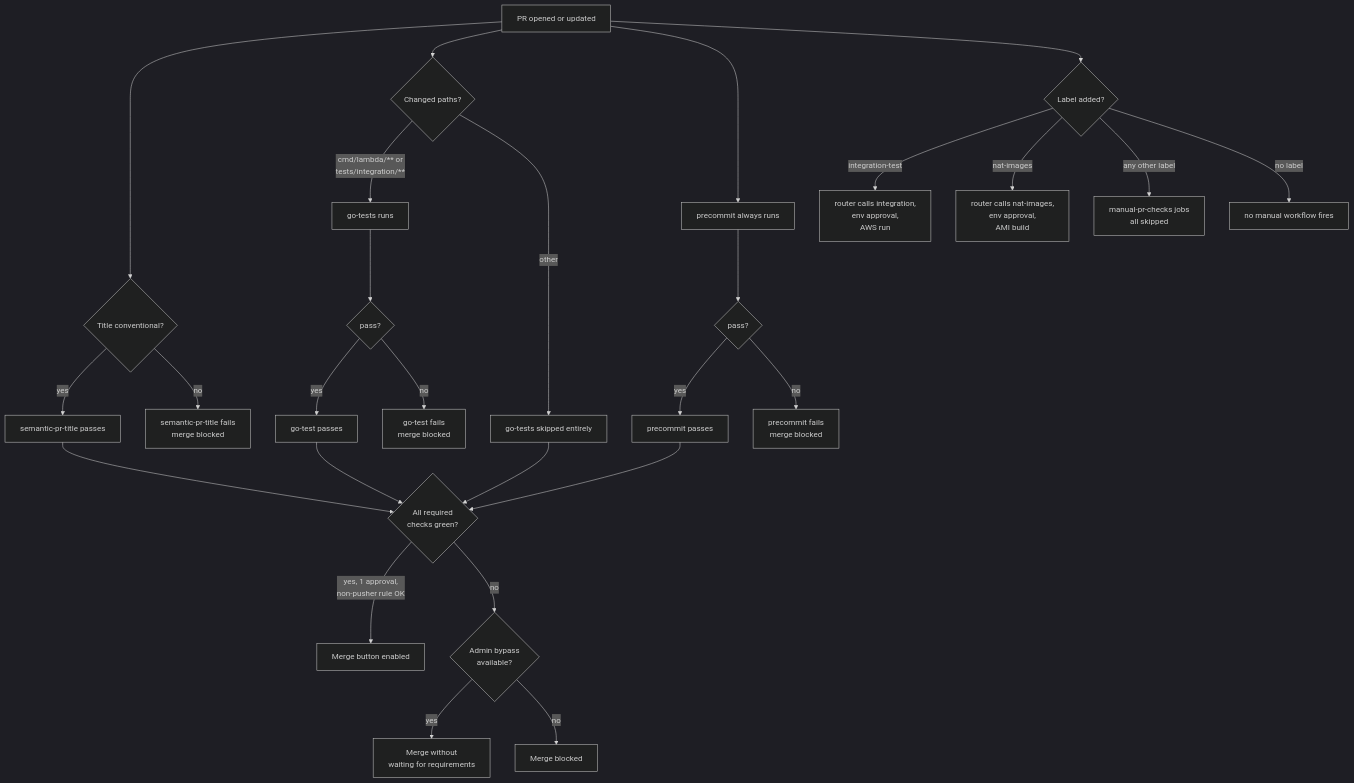
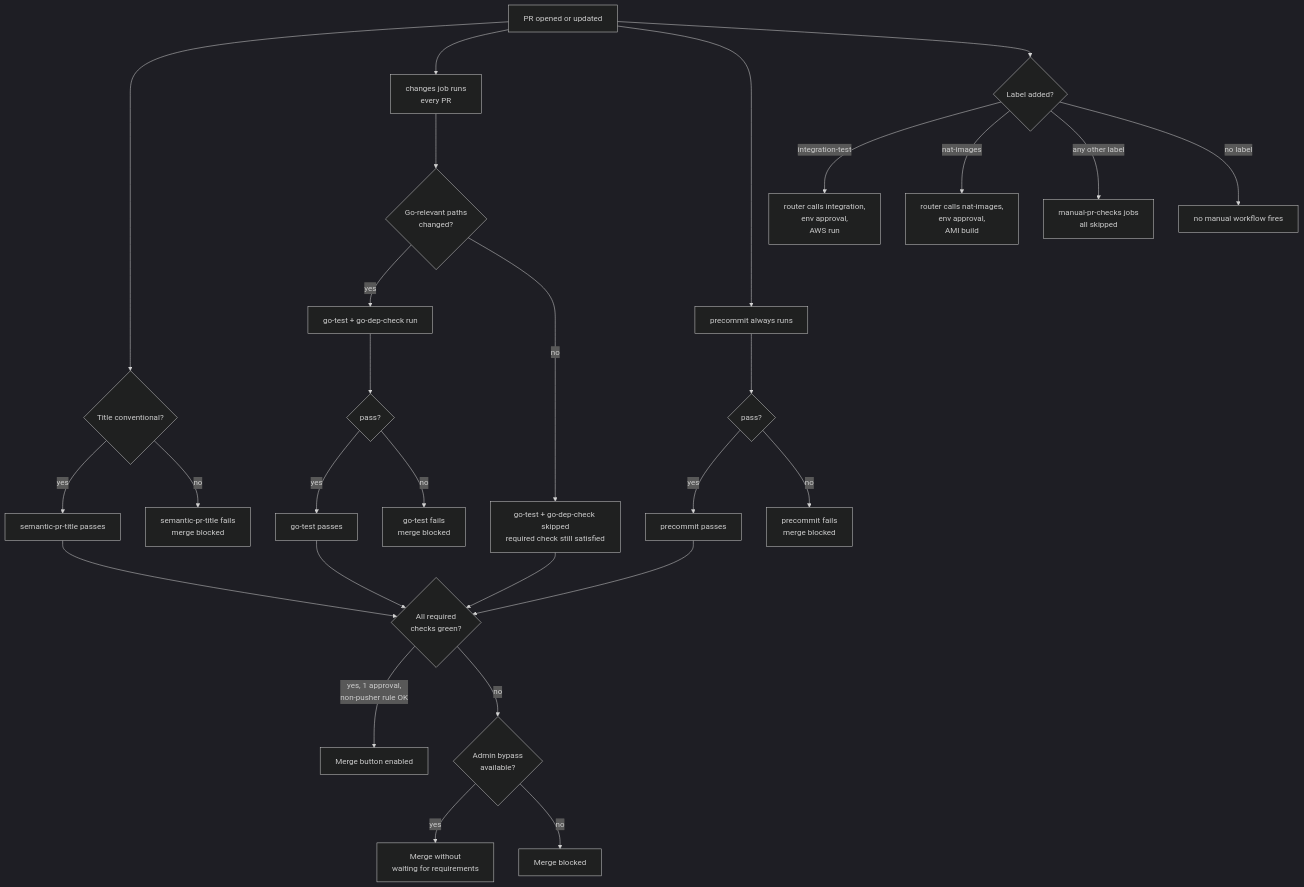
Before and after one commit to MachineDotDev/nat-zero: the seventh of 12 diagrams in docs/workflows.md, drawn with Mermaid (dark theme). The commit also changed other lines of this file, not shown here.

First line of the commit message:
docs: reflect go-tests gating-job redesign

````diff
--- a/docs/workflows.md
+++ b/docs/workflows.md
@@ -223,33 +223,34 @@
 ```mermaid
 flowchart TD
     PR[PR opened or updated] --> T{Title conventional?}
     T -->|yes| SPT_OK[semantic-pr-title passes]
     T -->|no| SPT_FAIL[semantic-pr-title fails<br/>merge blocked]
 
-    PR --> PATH{Changed paths?}
-    PATH -->|cmd/lambda/** or<br/>tests/integration/**| GOT[go-tests runs]
-    PATH -->|other| GOT_SKIP[go-tests skipped entirely]
+    PR --> CHG[changes job runs<br/>every PR]
+    CHG --> PATH{Go-relevant paths<br/>changed?}
+    PATH -->|yes| GOT[go-test + go-dep-check run]
+    PATH -->|no| GOT_SKIP[go-test + go-dep-check skipped<br/>required check still satisfied]
     GOT --> GOT_RESULT{pass?}
     GOT_RESULT -->|yes| GOT_OK[go-test passes]
     GOT_RESULT -->|no| GOT_FAIL[go-test fails<br/>merge blocked]
 
     PR --> PCR[precommit always runs]
     PCR --> PCR_RESULT{pass?}
     PCR_RESULT -->|yes| PCR_OK[precommit passes]
     PCR_RESULT -->|no| PCR_FAIL[precommit fails<br/>merge blocked]
 
     PR --> LBL{Label added?}
     LBL -->|integration-test| IT_FLOW[router calls integration,<br/>env approval,<br/>AWS run]
     LBL -->|nat-images| NI_FLOW[router calls nat-images,<br/>env approval,<br/>AMI build]
     LBL -->|any other label| MPC_SKIP[manual-pr-checks jobs<br/>all skipped]
     LBL -->|no label| NOTHING[no manual workflow fires]
 
     SPT_OK --> MERGE{All required<br/>checks green?}
     GOT_OK --> MERGE
     GOT_SKIP --> MERGE
     PCR_OK --> MERGE
     MERGE -->|yes, 1 approval,<br/>non-pusher rule OK| MERGEABLE[Merge button enabled]
     MERGE -->|no| BYPASS{Admin bypass<br/>available?}
     BYPASS -->|yes| OVERRIDE[Merge without<br/>waiting for requirements]
     BYPASS -->|no| BLOCKED[Merge blocked]
 ```
````
